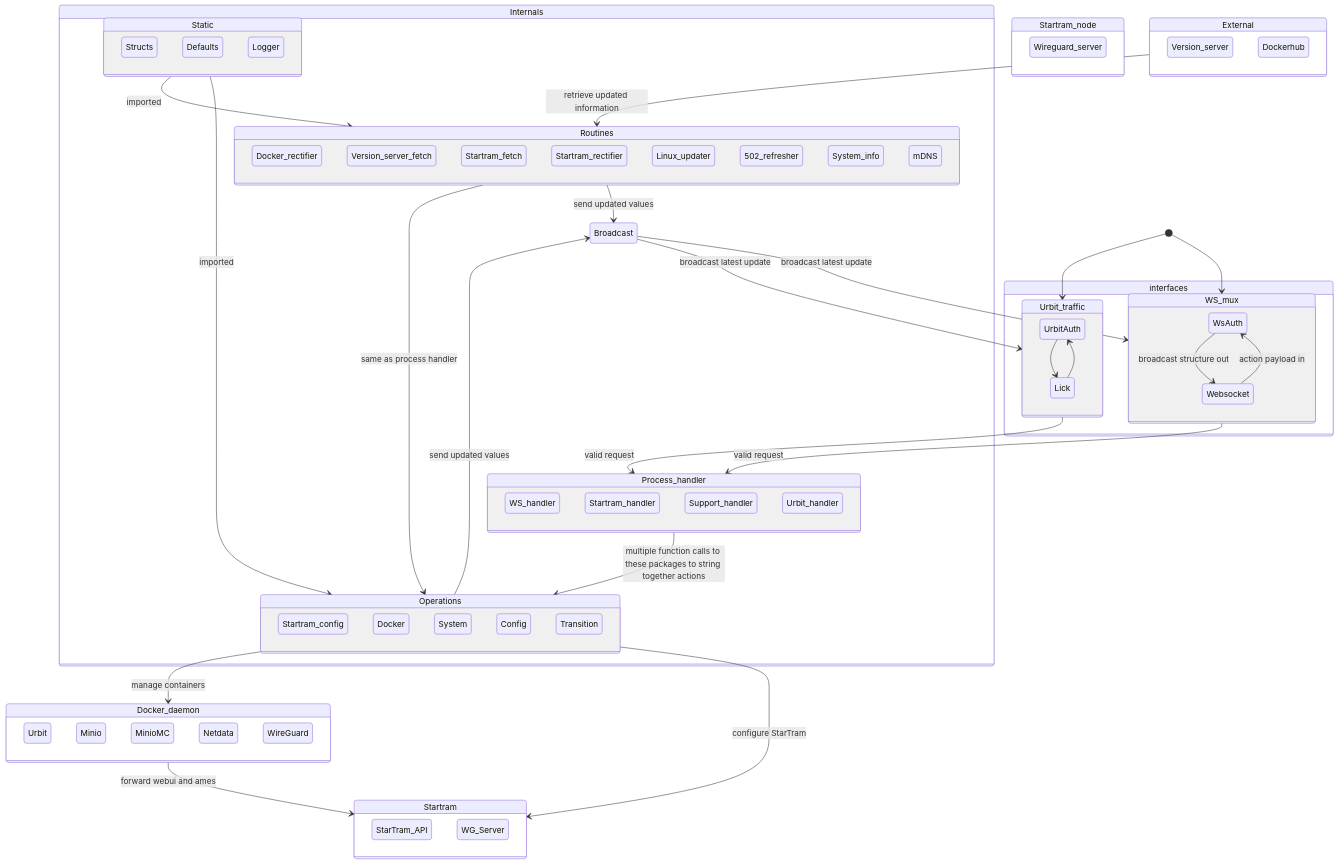
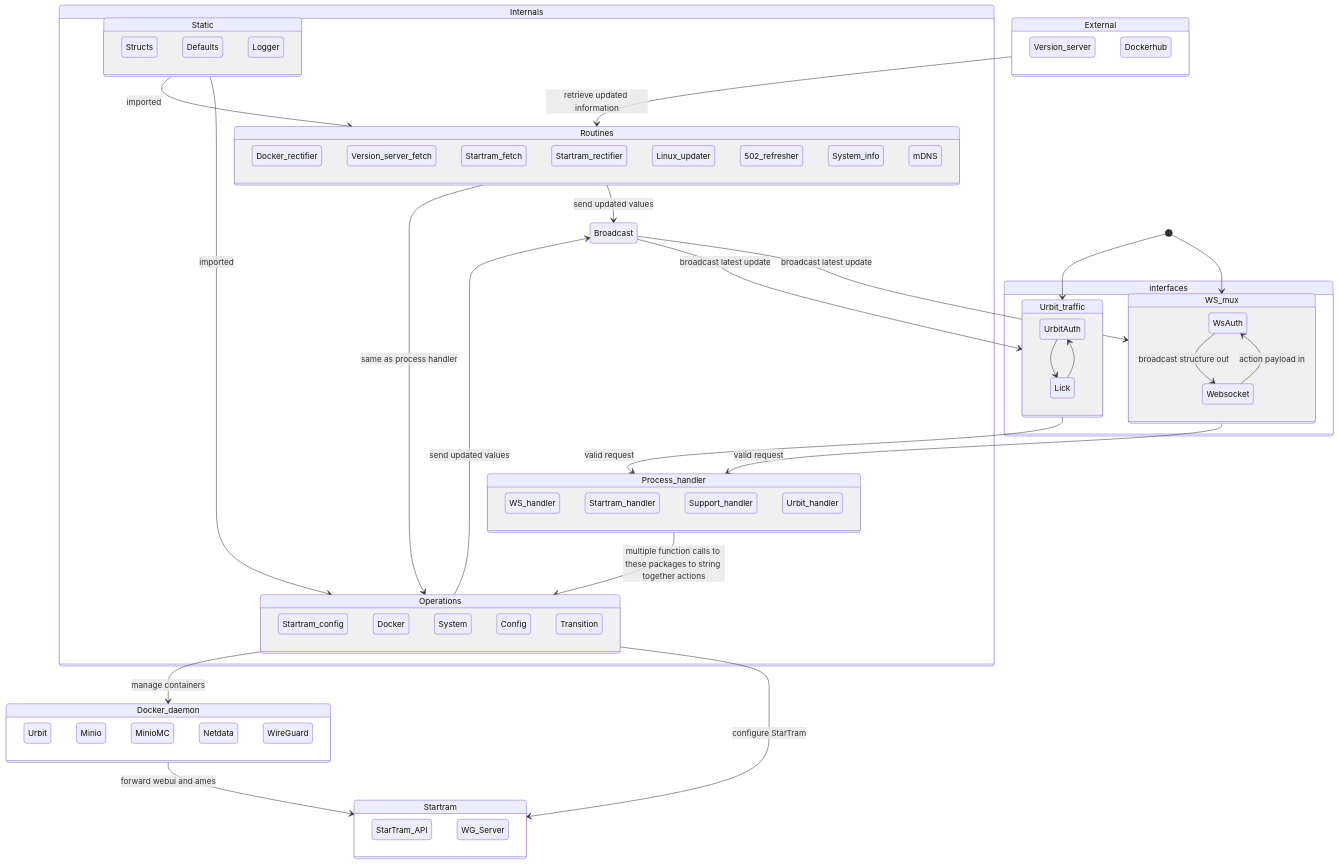
One commit to Native-Planet/GroundSeg changed the diagram in goseg/readme.md. Above: the diagram before and after it, drawn with Mermaid.

````diff
--- a/goseg/readme.md
+++ b/goseg/readme.md
@@ -3,81 +3,78 @@
 ```mermaid
 stateDiagram-v2
     direction TB
     accTitle: Goseg package diagram
     accDescr: Interactions between packages in Groundseg Go rewrite
     classDef bcase fill:#f00,color:white,font-weight:bold,stroke-width:2px,stroke:yellow
     Broadcast-->WS_mux: broadcast latest update
     Broadcast-->Urbit_traffic: broadcast latest update
     Static-->Operations: imported
     Static-->Routines: imported
-    state Startram_node {
-        Wireguard_server
-    }
     state Internals {
         state Static {
             Structs
             Defaults
             Logger
         }
         state Routines {
             Docker_rectifier
             Version_server_fetch
             Startram_fetch
             Startram_rectifier
             Linux_updater
             502_refresher
             System_info
             mDNS
         }
         state Operations {
             Startram_config
             Docker
             System
             Config
             Transition
         }
         state Process_handler {
             WS_handler
             Startram_handler
             Support_handler
             Urbit_handler
         }
         Process_handler-->Operations: multiple function calls to these packages to string together actions
         Operations-->Broadcast: send updated values
         Routines-->Broadcast: send updated values
     }
     [*]-->WS_mux
     [*]-->Urbit_traffic
     WS_mux-->Process_handler: valid request
     Urbit_traffic-->Process_handler: valid request
     Routines-->Operations: same as process handler
     state interfaces {
         state Urbit_traffic {
             UrbitAuth-->Lick
             Lick-->UrbitAuth
         }
         state WS_mux {
             WsAuth-->Websocket: broadcast structure out
             Websocket-->WsAuth: action payload in
         }
     }
     state External {
         Version_server
         Dockerhub
     }
     state Startram {
         StarTram_API
         WG_Server
     }
     External-->Routines: retrieve updated information
     Operations-->Startram: configure StarTram
     state Docker_daemon {
         Urbit
         Minio
         MinioMC
         Netdata
         WireGuard
     }
     Operations-->Docker_daemon: manage containers
     Docker_daemon-->Startram: forward webui and ames
 ```
````
